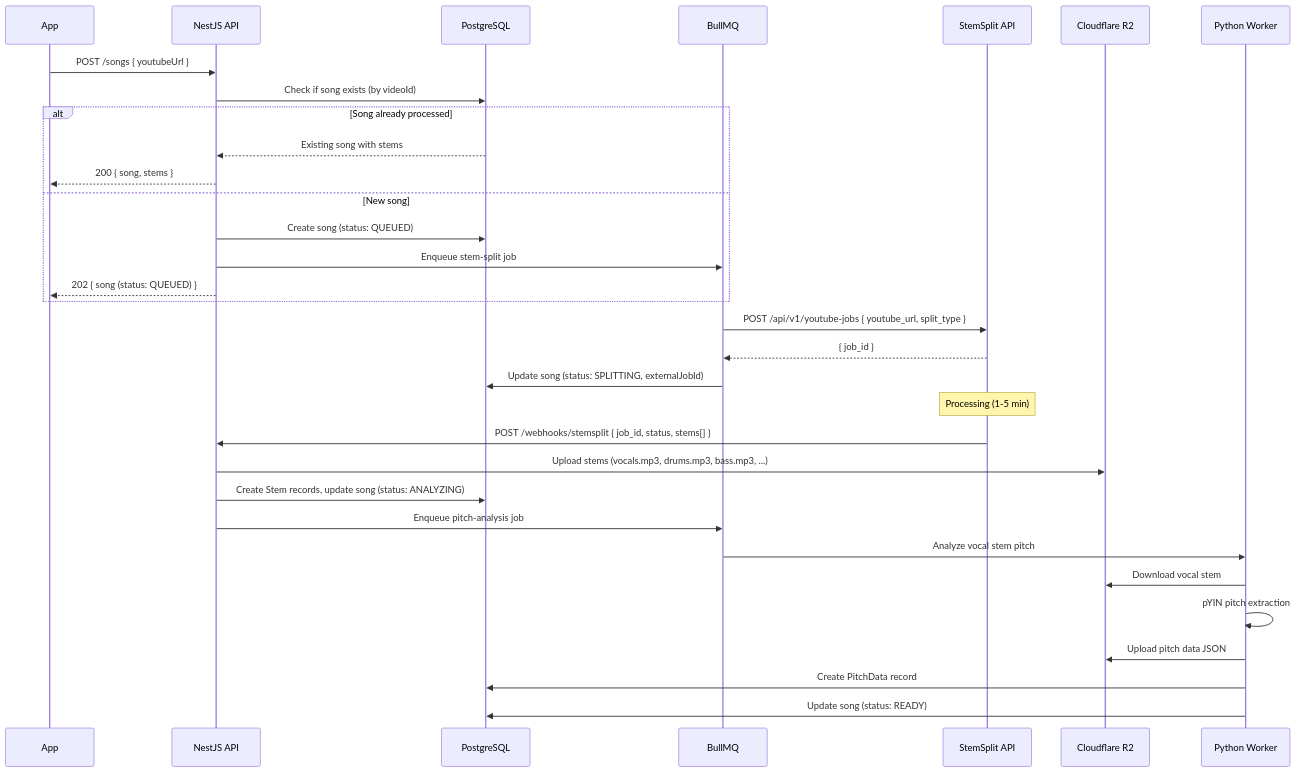
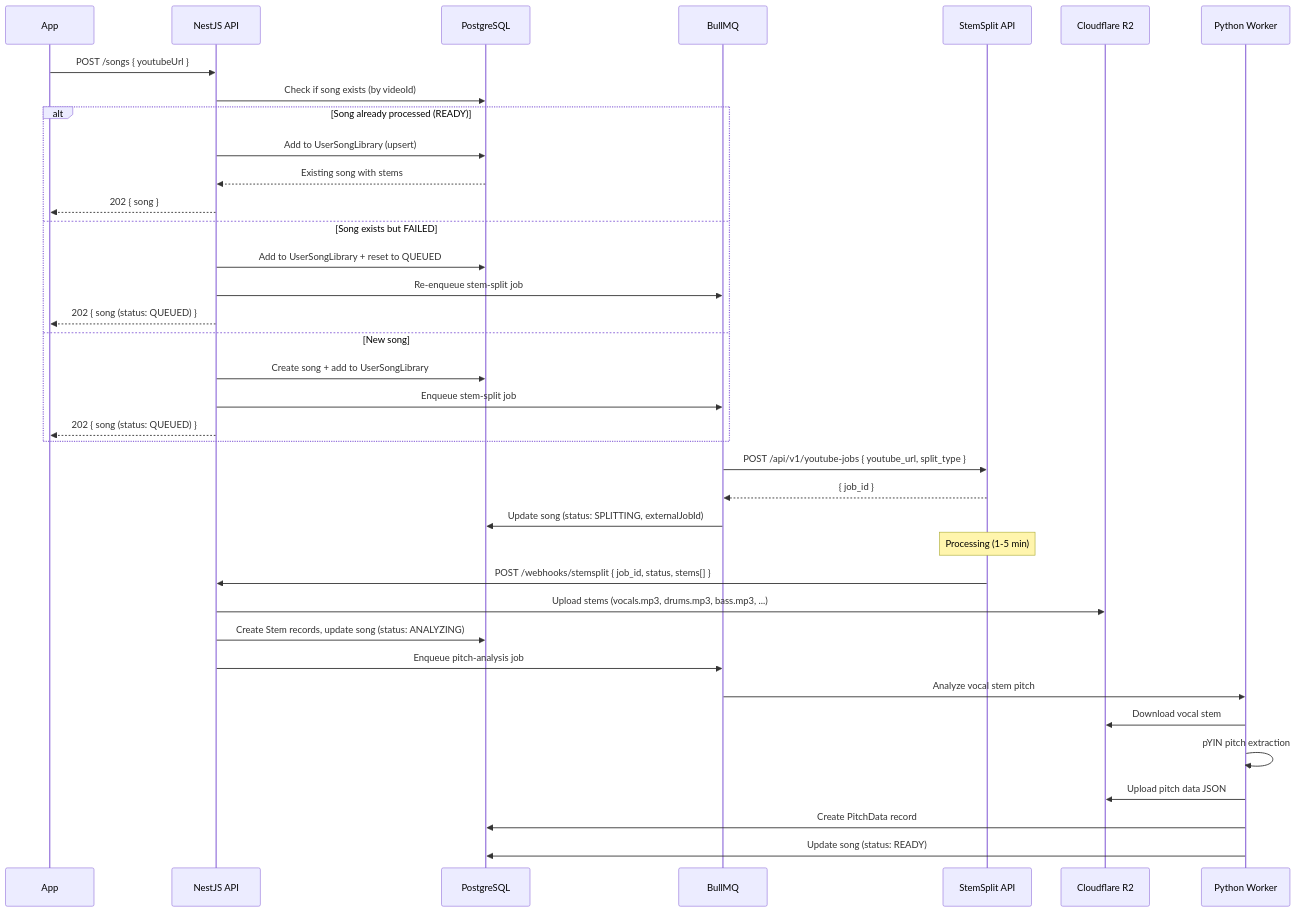
Before and after one commit to pawelgawliczek/intonavio: the fourth of 5 diagrams in docs/03-api-design.md, drawn with Mermaid. The commit also changed other lines of this file and 3 other files, not shown here.

````diff
--- a/docs/03-api-design.md
+++ b/docs/03-api-design.md
@@ -85,39 +85,44 @@
 ```mermaid
 sequenceDiagram
     participant Client as App
     participant API as NestJS API
     participant DB as PostgreSQL
     participant Queue as BullMQ
     participant SS as StemSplit API
     participant R2 as Cloudflare R2
     participant Worker as Python Worker
 
     Client->>API: POST /songs { youtubeUrl }
     API->>DB: Check if song exists (by videoId)
-    alt Song already processed
+    alt Song already processed (READY)
+        API->>DB: Add to UserSongLibrary (upsert)
         DB-->>API: Existing song with stems
-        API-->>Client: 200 { song, stems }
+        API-->>Client: 202 { song }
+    else Song exists but FAILED
+        API->>DB: Add to UserSongLibrary + reset to QUEUED
+        API->>Queue: Re-enqueue stem-split job
+        API-->>Client: 202 { song (status: QUEUED) }
     else New song
-        API->>DB: Create song (status: QUEUED)
+        API->>DB: Create song + add to UserSongLibrary
         API->>Queue: Enqueue stem-split job
         API-->>Client: 202 { song (status: QUEUED) }
     end
 
     Queue->>SS: POST /api/v1/youtube-jobs { youtube_url, split_type }
     SS-->>Queue: { job_id }
     Queue->>DB: Update song (status: SPLITTING, externalJobId)
 
     Note over SS: Processing (1-5 min)
 
     SS->>API: POST /webhooks/stemsplit { job_id, status, stems[] }
     API->>R2: Upload stems (vocals.mp3, drums.mp3, bass.mp3, ...)
     API->>DB: Create Stem records, update song (status: ANALYZING)
     API->>Queue: Enqueue pitch-analysis job
 
     Queue->>Worker: Analyze vocal stem pitch
     Worker->>R2: Download vocal stem
     Worker->>Worker: pYIN pitch extraction
     Worker->>R2: Upload pitch data JSON
     Worker->>DB: Create PitchData record
     Worker->>DB: Update song (status: READY)
 ```
````
